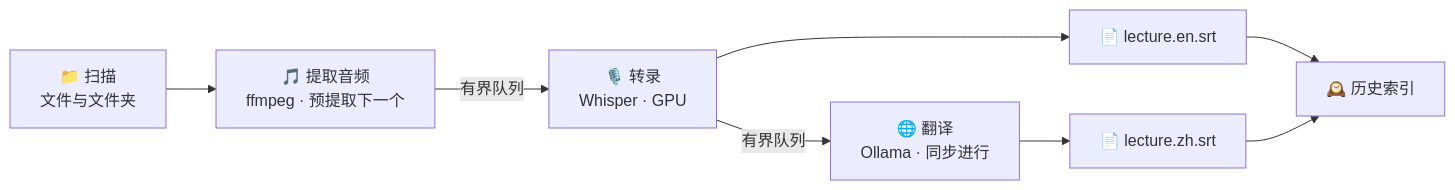
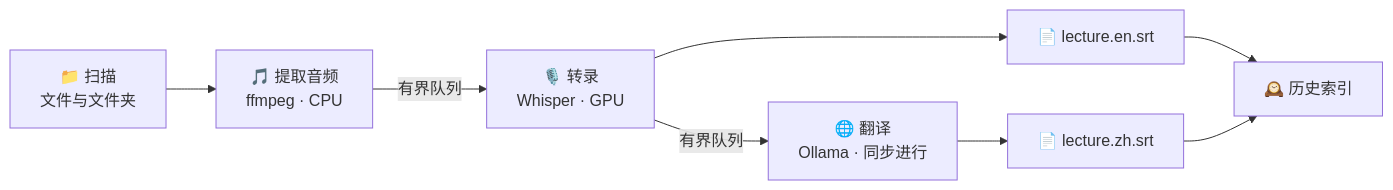
The diagram in README.zh.md (TN019/scripto), drawn with Mermaid before and after one commit. The commit also changed other lines of this file and 1 other file, not shown here.

````diff
--- a/README.zh.md
+++ b/README.zh.md
@@ -74,9 +76,9 @@
 ```mermaid
 flowchart LR
-    A[📁 扫描<br/>文件与文件夹] --> B[🎵 提取音频<br/>ffmpeg · 预提取下一个]
+    A[📁 扫描<br/>文件与文件夹] --> B[🎵 提取音频<br/>ffmpeg · CPU]
     B -->|有界队列| C[🎙️ 转录<br/>Whisper · GPU]
     C -->|有界队列| D[🌐 翻译<br/>Ollama · 同步进行]
     C --> E[📄 lecture.en.srt]
     D --> F[📄 lecture.zh.srt]
     E & F --> G[🕰️ 历史索引]
 ```
````
